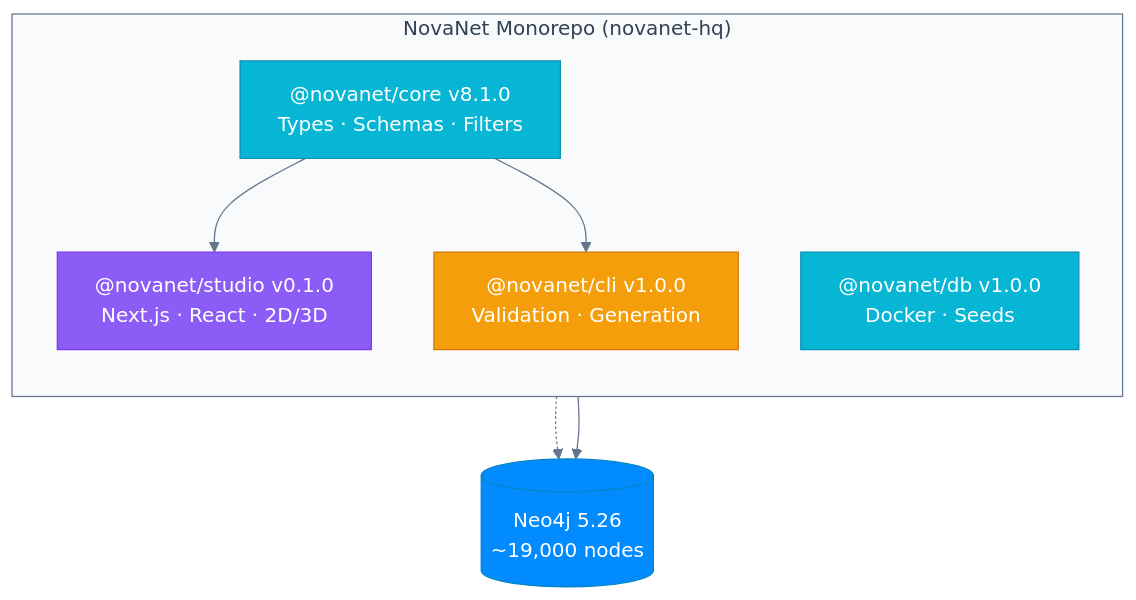
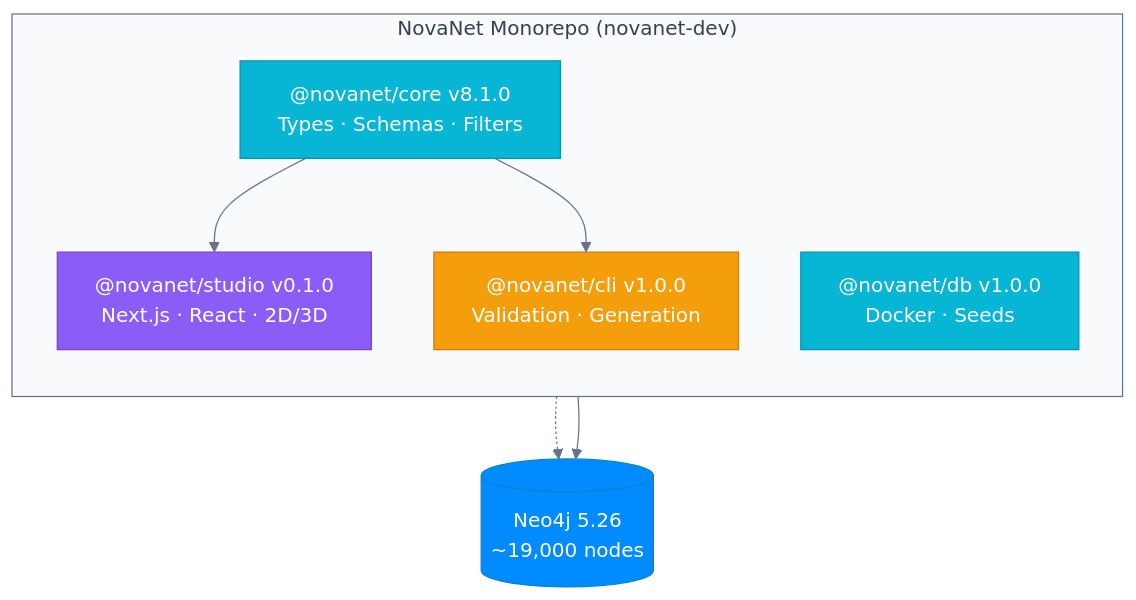
Before and after one commit to supernovae-st/novanet: the second of 2 diagrams in README.md, drawn with Mermaid. The commit also changed other lines of this file and 1 other file, not shown here.

Commit message:
docs: rename novanet-hq to novanet-dev
Update all references to reflect repository rename:
- novanet-hq → novanet-dev
- GitHub URLs updated
- Diagram labels updated
- Clone instructions updated

````diff
--- a/README.md
+++ b/README.md
@@ -189,30 +189,30 @@
 ```mermaid
 %%{init: {'theme': 'base', 'themeVariables': {'lineColor': '#64748b'}}}%%
 flowchart TB
-    subgraph MONO["NovaNet Monorepo (novanet-hq)"]
+    subgraph MONO["NovaNet Monorepo (novanet-dev)"]
         direction TB
         CORE["@novanet/core v8.1.0\nTypes · Schemas · Filters"]
         DB["@novanet/db v1.0.0\nDocker · Seeds"]
         CLI["@novanet/cli v1.0.0\nValidation · Generation"]
         STUDIO["@novanet/studio v0.1.0\nNext.js · React · 2D/3D"]
     end
 
     NEO4J[("Neo4j 5.26\n~19,000 nodes")]
 
     CORE --> STUDIO
     CORE --> CLI
     DB -.-> NEO4J
     STUDIO --> NEO4J
 
     classDef pkg fill:#06b6d4,stroke:#0891b2,color:#fff
     classDef cli fill:#f59e0b,stroke:#d97706,color:#fff
     classDef app fill:#8b5cf6,stroke:#7c3aed,color:#fff
     classDef db fill:#018bff,stroke:#0284c7,color:#fff
 
     class CORE,DB pkg
     class CLI cli
     class STUDIO app
     class NEO4J db
 
     style MONO fill:#f8fafc,stroke:#64748b,color:#334155
 ```
````
